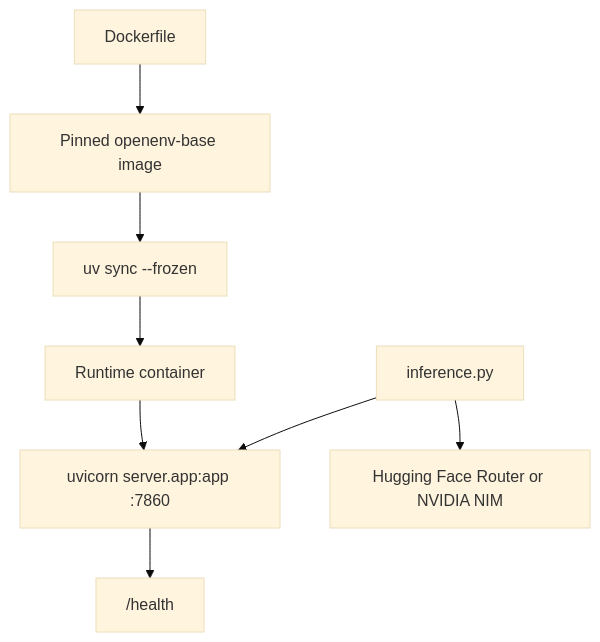
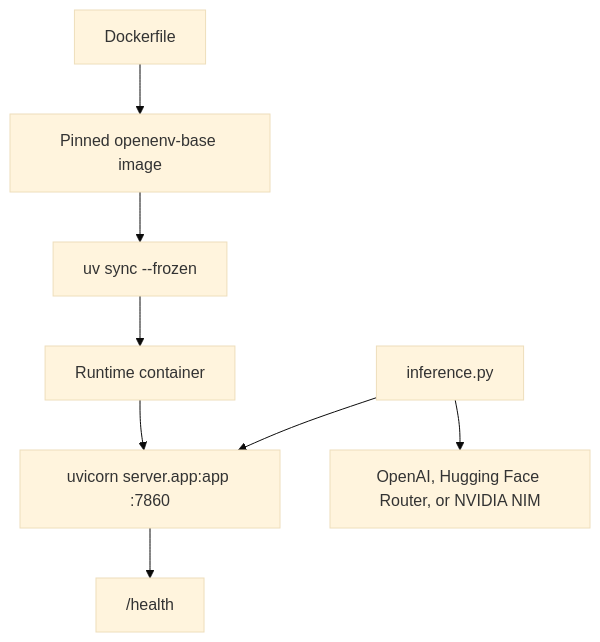
One commit to advikdivekar/rl-agent changed the fourth of 5 diagrams in README.md. Above: the diagram before and after it, drawn with Mermaid (base theme). The commit also changed other lines of this file and 1 other file, not shown here.

````diff
--- a/README.md
+++ b/README.md
@@ -299,10 +299,10 @@
 ```mermaid
 flowchart TD
     A["Dockerfile"] --> B["Pinned openenv-base image"]
     B --> C["uv sync --frozen"]
     C --> D["Runtime container"]
     D --> E["uvicorn server.app:app :7860"]
     E --> F["/health"]
-    G["inference.py"] --> H["Hugging Face Router or NVIDIA NIM"]
+    G["inference.py"] --> H["OpenAI, Hugging Face Router, or NVIDIA NIM"]
     G --> E
 ```
````
